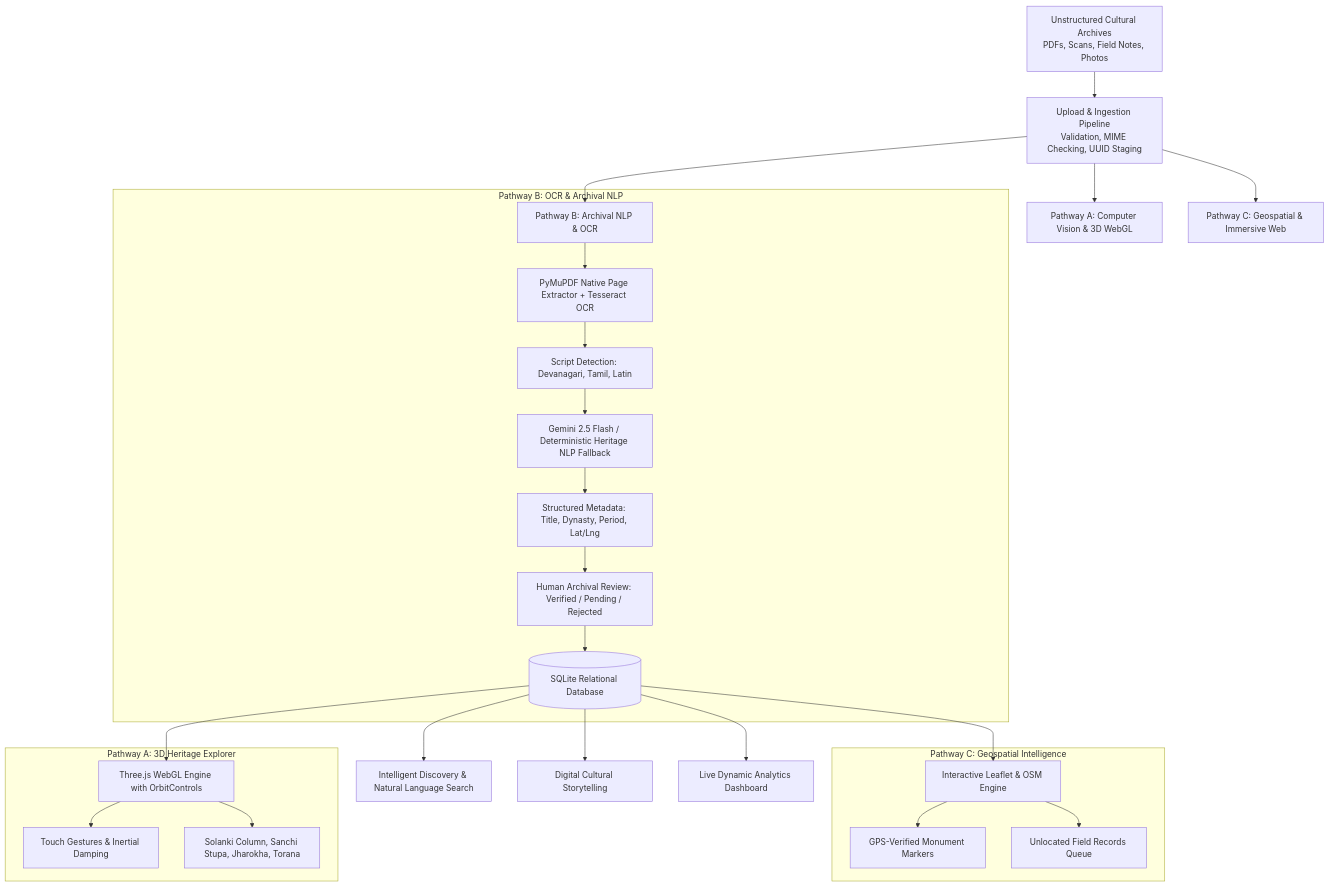
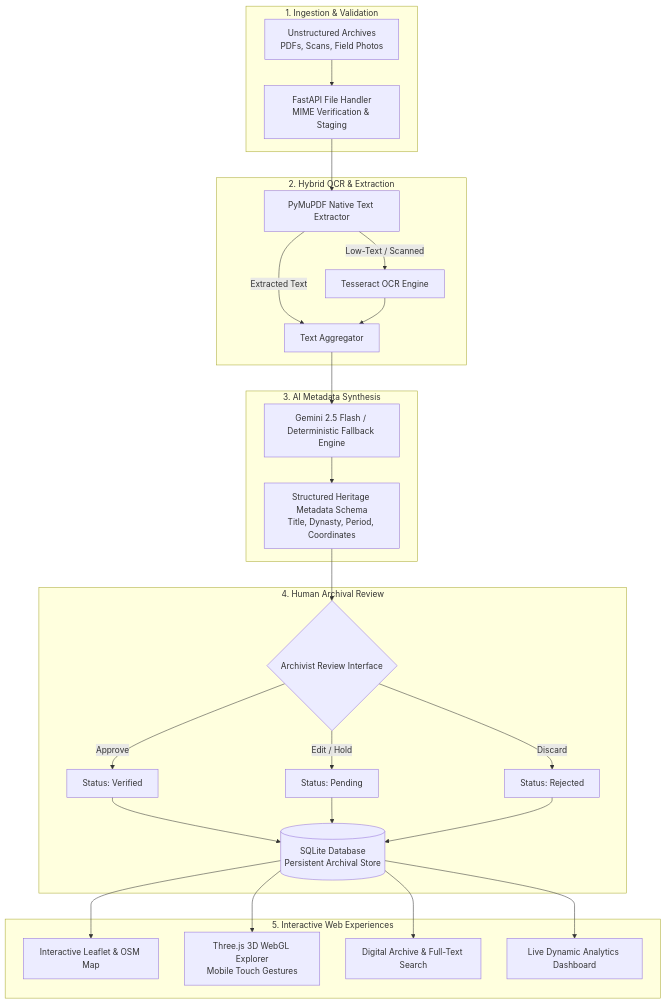
Before and after one commit to SurajPal589/heritage-website: the diagram in README.md, drawn with Mermaid. The commit also changed other lines of this file and 1 other file, not shown here.

Commit message:
docs: add comprehensive hackathon README with Vercel live badge and architecture

````diff
--- a/README.md
+++ b/README.md
@@ -29,33 +53,35 @@
 ```mermaid
 flowchart TD
-    Raw[Unstructured Cultural Archives<br/>PDFs, Scans, Field Notes, Photos] --> Upload[Upload & Ingestion Pipeline<br/>Validation, MIME Checking, UUID Staging]
-    
-    Upload --> PathwayB[Pathway B: Archival NLP & OCR]
-    Upload --> PathwayA[Pathway A: Computer Vision & 3D WebGL]
-    Upload --> PathwayC[Pathway C: Geospatial & Immersive Web]
-    
-    subgraph "Pathway B: OCR & Archival NLP"
-        PathwayB --> OCR[PyMuPDF Native Page Extractor + Tesseract OCR]
-        OCR --> Lang[Script Detection: Devanagari, Tamil, Latin]
-        Lang --> AI[Gemini 2.5 Flash / Deterministic Heritage NLP Fallback]
-        AI --> Meta[Structured Metadata: Title, Dynasty, Period, Lat/Lng]
-        Meta --> Review[Human Archival Review: Verified / Pending / Rejected]
-        Review --> RDB[(SQLite Relational Database)]
+    subgraph Ingestion["1. Ingestion & Validation"]
+        A[Unstructured Archives<br/>PDFs, Scans, Field Photos] --> B[FastAPI File Handler<br/>MIME Verification & Staging]
     end
-    
-    subgraph "Pathway C: Geospatial Intelligence"
-        RDB --> Leaflet[Interactive Leaflet & OSM Engine]
-        Leaflet --> Markers[GPS-Verified Monument Markers]
-        Leaflet --> Unlocated[Unlocated Field Records Queue]
+
+    subgraph Processing["2. Hybrid OCR & Extraction"]
+        B --> C[PyMuPDF Native Text Extractor]
+        C -->|Low-Text / Scanned| D[Tesseract OCR Engine]
+        C -->|Extracted Text| E[Text Aggregator]
+        D --> E
     end
-    
-    subgraph "Pathway A: 3D Heritage Explorer"
-        RDB --> WebGL[Three.js WebGL Engine with OrbitControls]
-        WebGL --> Orbit[Touch Gestures & Inertial Damping]
-        WebGL --> Models[Solanki Column, Sanchi Stupa, Jharokha, Torana]
+
+    subgraph Intelligence["3. AI Metadata Synthesis"]
+        E --> F[Gemini 2.5 Flash / Deterministic Fallback Engine]
+        F --> G[Structured Heritage Metadata Schema<br/>Title, Dynasty, Period, Coordinates]
     end
-    
-    RDB --> SearchEngine[Intelligent Discovery & Natural Language Search]
-    RDB --> StoryEngine[Digital Cultural Storytelling]
-    RDB --> AnalyticsEngine[Live Dynamic Analytics Dashboard]
+
+    subgraph Verification["4. Human Archival Review"]
+        G --> H{Archivist Review Interface}
+        H -->|Approve| I[Status: Verified]
+        H -->|Edit / Hold| J[Status: Pending]
+        H -->|Discard| K[Status: Rejected]
+        I --> L[(SQLite Database<br/>Persistent Archival Store)]
+        J --> L
+        K --> L
+    end
+
+    subgraph Presentation["5. Interactive Web Experiences"]
+        L --> M[Interactive Leaflet & OSM Map]
+        L --> N[Three.js 3D WebGL Explorer<br/>Mobile Touch Gestures]
+        L --> O[Digital Archive & Full-Text Search]
+        L --> P[Live Dynamic Analytics Dashboard]
+    end
 ```
````
